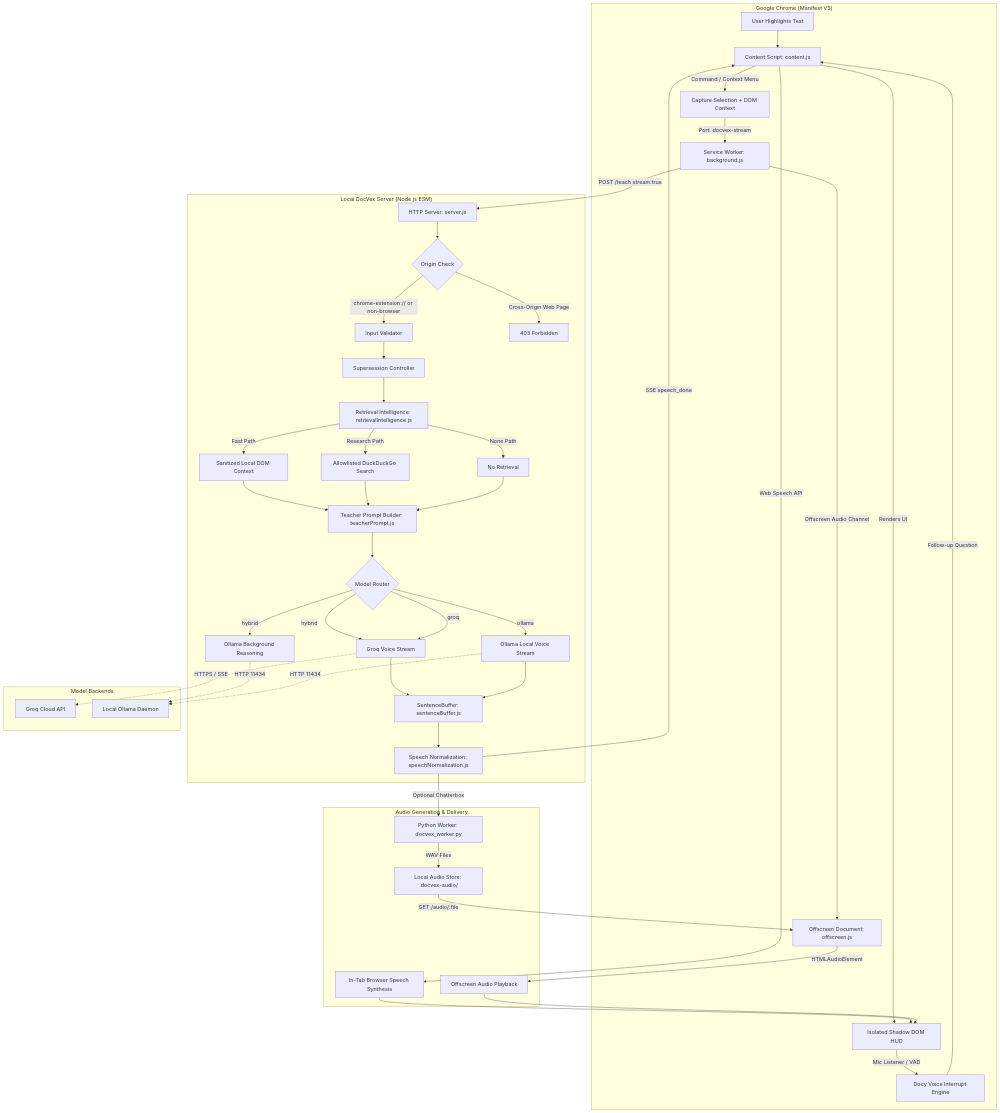
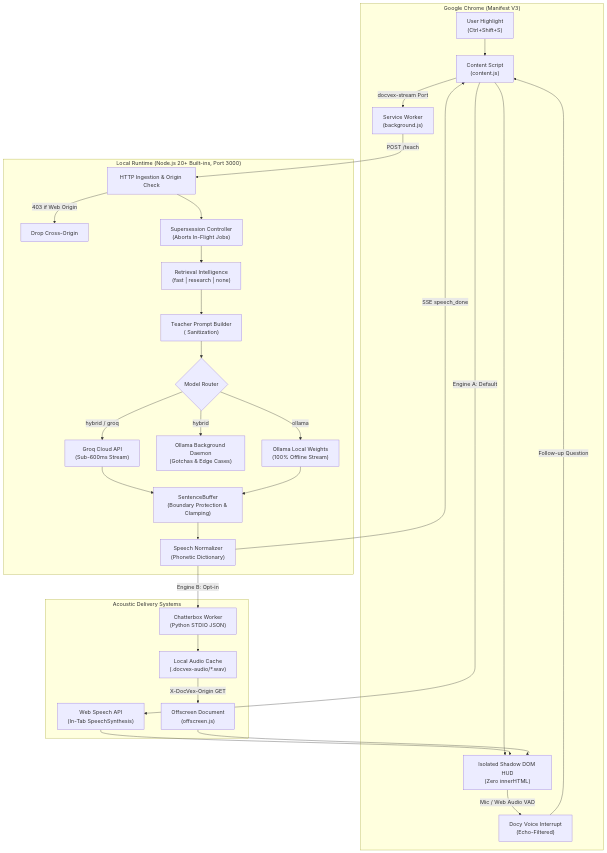
One commit to harshakumar25/DOCVEX changed the diagram in README.md. Above: the diagram before and after it, drawn with Mermaid. The commit also changed other lines of this file, not shown here.

````diff
--- a/README.md
+++ b/README.md
@@ -134,53 +54,37 @@
 ```mermaid
 flowchart TD
     subgraph Browser["Google Chrome (Manifest V3)"]
-        A[User Highlights Text] --> B[Content Script: content.js]
-        B -->|Command / Context Menu| C[Capture Selection + DOM Context]
-        C -->|Port: docvex-stream| D[Service Worker: background.js]
-        D -->|Offscreen Audio Channel| E[Offscreen Document: offscreen.js]
-        B -->|Renders UI| F[Isolated Shadow DOM HUD]
-        F -->|Mic Listener / VAD| G[Docy Voice Interrupt Engine]
-        G -->|Follow-up Question| B
+        A["User Highlight<br/>(Ctrl+Shift+S)"] --> B["Content Script<br/>(content.js)"]
+        B --> C["Isolated Shadow DOM HUD<br/>(Zero innerHTML)"]
+        B -->|docvex-stream Port| D["Service Worker<br/>(background.js)"]
+        C -->|Mic / Web Audio VAD| E["Docy Voice Interrupt<br/>(Echo-Filtered)"]
+        E -->|Follow-up Question| B
     end
 
-    subgraph Server["Local DocVex Server (Node.js ESM)"]
-        D -->|POST /teach stream:true| H[HTTP Server: server.js]
-        H --> I{Origin Check}
-        I -->|chrome-extension:// or non-browser| J[Input Validator]
-        I -->|Cross-Origin Web Page| I_ERR[403 Forbidden]
-        J --> K[Supersession Controller]
-        K --> L[Retrieval Intelligence: retrievalIntelligence.js]
+    subgraph Server["Local Runtime (Node.js 20+ Built-ins, Port 3000)"]
+        D -->|POST /teach| F["HTTP Ingestion & Origin Check"]
+        F -->|403 if Web Origin| F_ERR["Drop Cross-Origin"]
+        F --> G["Supersession Controller<br/>(Aborts In-Flight Jobs)"]
+        G --> H["Retrieval Intelligence<br/>(fast | research | none)"]
+        H --> I["Teacher Prompt Builder<br/>(<evidence> Sanitization)"]
+        I --> J{"Model Router"}
         
-        L -->|Fast Path| M[Sanitized Local DOM Context]
-        L -->|Research Path| N[Allowlisted DuckDuckGo Search]
-        L -->|None Path| O[No Retrieval]
-        
-        M & N & O --> P[Teacher Prompt Builder: teacherPrompt.js]
-        P --> Q{Model Router}
+        J -->|hybrid / groq| K["Groq Cloud API<br/>(Sub-600ms Stream)"]
+        J -->|hybrid| L["Ollama Background Daemon<br/>(Gotchas & Edge Cases)"]
+        J -->|ollama| M["Ollama Local Weights<br/>(100% Offline Stream)"]
 
-        Q -->|hybrid| R[Groq Voice Stream]
-        Q -->|hybrid| S[Ollama Background Reasoning]
-        Q -->|groq| R
-        Q -->|ollama| T[Ollama Local Voice Stream]
-
-        R & T --> U[SentenceBuffer: sentenceBuffer.js]
-        U --> V[Speech Normalization: speechNormalization.js]
+        K & M --> N["SentenceBuffer<br/>(Boundary Protection & Clamping)"]
+        N --> O["Speech Normalizer<br/>(Phonetic Dictionary)"]
     end
 
-    subgraph Speech["Audio Generation & Delivery"]
-        V -->|SSE speech_done| B
-        B -->|Web Speech API| W[In-Tab Browser Speech Synthesis]
-        V -->|Optional Chatterbox| X[Python Worker: docvex_worker.py]
-        X -->|WAV Files| Y[Local Audio Store: .docvex-audio/]
-        Y -->|GET /audio/:file| E
-        E -->|HTMLAudioElement| Z[Offscreen Audio Playback]
+    subgraph AudioEngine["Acoustic Delivery Systems"]
+        O -->|SSE speech_done| B
+        B -->|Engine A: Default| P["Web Speech API<br/>(In-Tab SpeechSynthesis)"]
+        O -->|Engine B: Opt-in| Q["Chatterbox Worker<br/>(Python STDIO JSON)"]
+        Q --> R["Local Audio Cache<br/>(.docvex-audio/*.wav)"]
+        R -->|X-DocVex-Origin GET| S["Offscreen Document<br/>(offscreen.js)"]
     end
 
-    subgraph Upstream["Model Backends"]
-        R -.->|HTTPS / SSE| EXT_GROQ[Groq Cloud API]
-        S & T -.->|HTTP 11434| EXT_OLLAMA[Local Ollama Daemon]
-    end
-
-    W --> F
-    Z --> F
+    P --> C
+    S --> C
 ```
````
